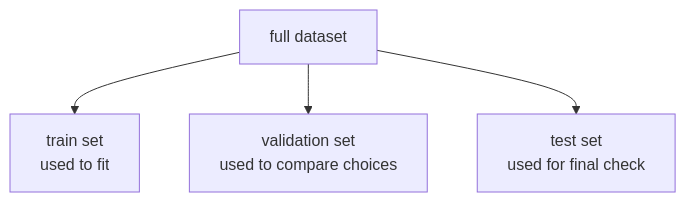
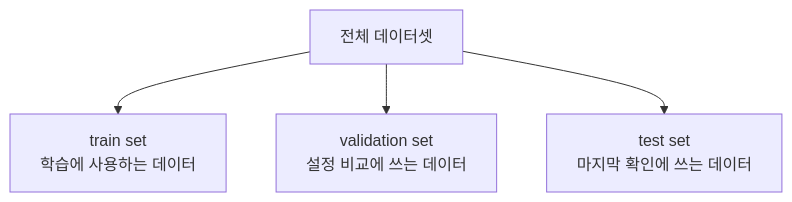
One commit to devchan64/AiBook changed the second of 3 diagrams in docs/parts/part-02/chapter-12/section-03.md. Above: the diagram before and after it, drawn with Mermaid. The commit also changed other lines of this file and 17 other files, not shown here.

Commit message:
docs: localize more part 2 mermaid diagrams

````diff
--- a/docs/parts/part-02/chapter-12/section-03.md
+++ b/docs/parts/part-02/chapter-12/section-03.md
@@ -226,11 +226,11 @@
 ```mermaid
 flowchart TD
-    full["full dataset"]
-    train["train set<br/>used to fit"]
-    val["validation set<br/>used to compare choices"]
-    test["test set<br/>used for final check"]
+    full["전체 데이터셋"]
+    train["train set<br/>학습에 사용하는 데이터"]
+    val["validation set<br/>설정 비교에 쓰는 데이터"]
+    test["test set<br/>마지막 확인에 쓰는 데이터"]
 
     full --> train
     full --> val
     full --> test
 ```
````
